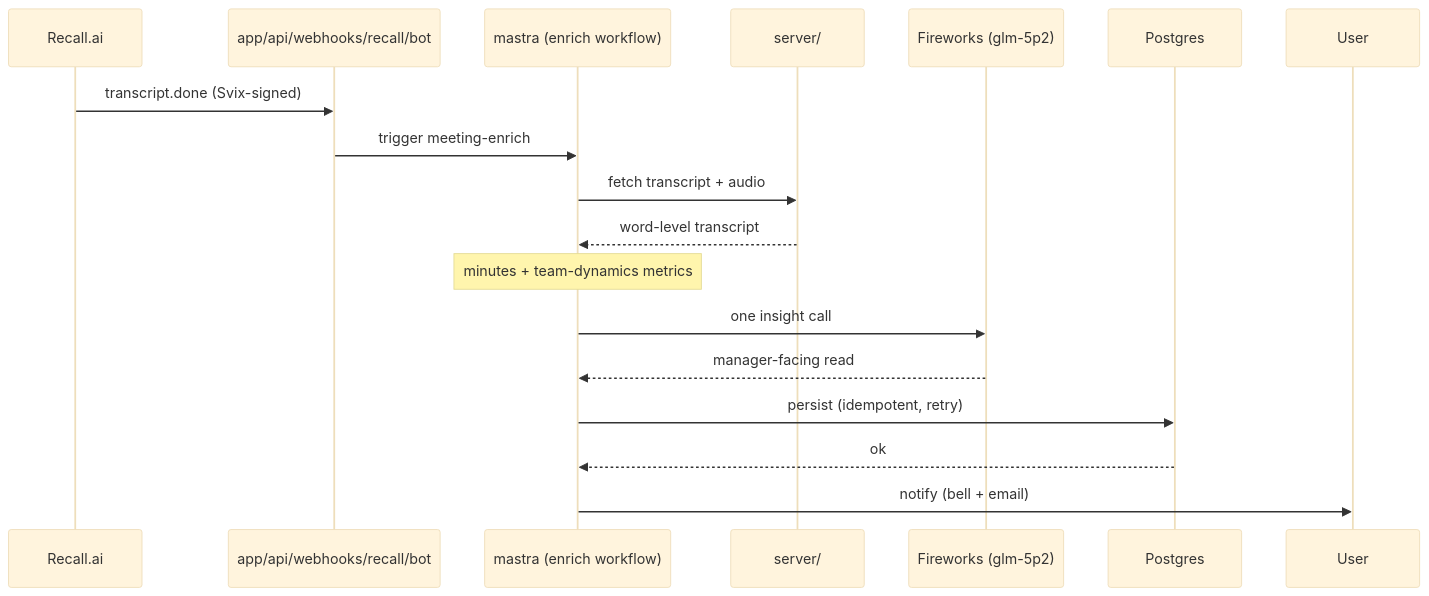
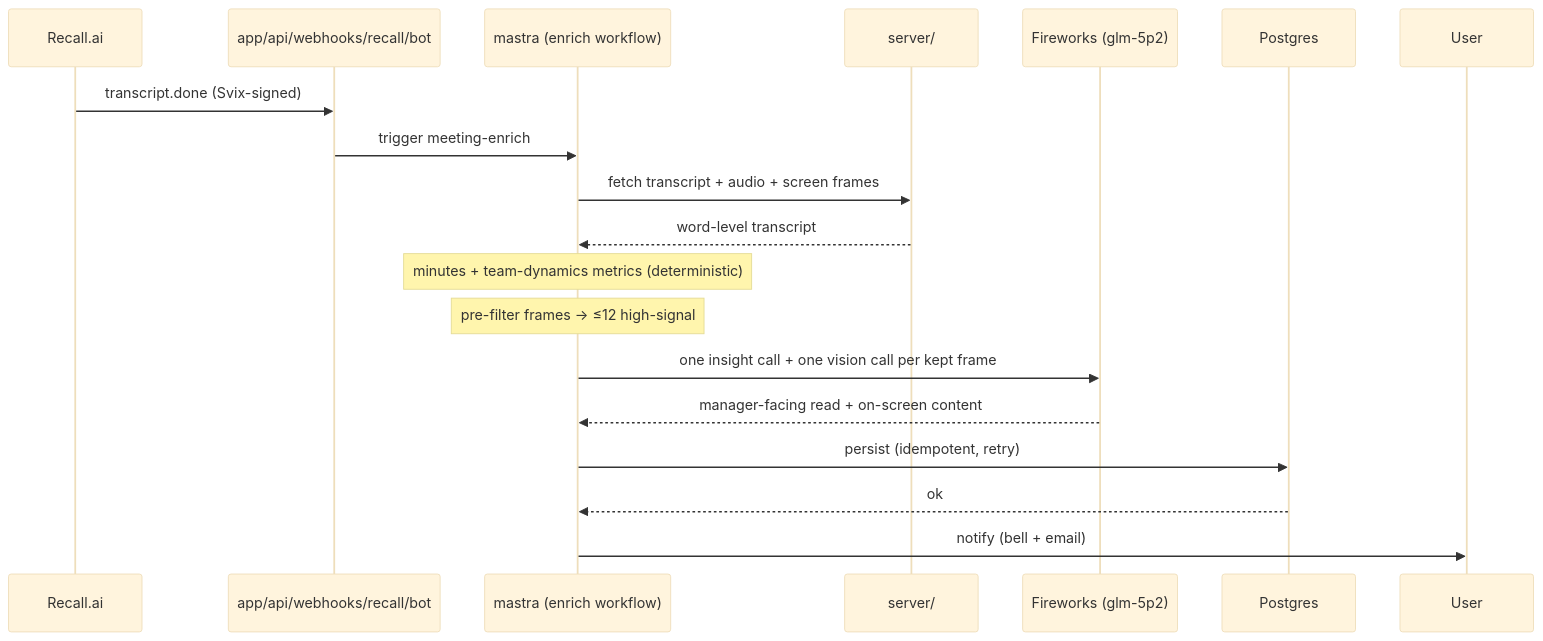
The first of 3 diagrams in README.md (Michsantozz/karaforcasper), drawn with Mermaid (base theme) before and after one commit. The commit also changed other lines of this file and 3 other files, not shown here.

````diff
--- a/README.md
+++ b/README.md
@@ -138,21 +153,22 @@
 ```mermaid
 sequenceDiagram
     participant R as Recall.ai
     participant API as app/api/webhooks/recall/bot
     participant M as mastra (enrich workflow)
     participant S as server/
     participant F as Fireworks (glm-5p2)
     participant DB as Postgres
     participant U as User
 
     R->>API: transcript.done (Svix-signed)
     API->>M: trigger meeting-enrich
-    M->>S: fetch transcript + audio
+    M->>S: fetch transcript + audio + screen frames
     S-->>M: word-level transcript
-    Note over M: minutes + team-dynamics metrics
-    M->>F: one insight call
-    F-->>M: manager-facing read
+    Note over M: minutes + team-dynamics metrics (deterministic)
+    Note over M: pre-filter frames → ≤12 high-signal
+    M->>F: one insight call + one vision call per kept frame
+    F-->>M: manager-facing read + on-screen content
     M->>DB: persist (idempotent, retry)
     DB-->>M: ok
     M->>U: notify (bell + email)
 ```
````
